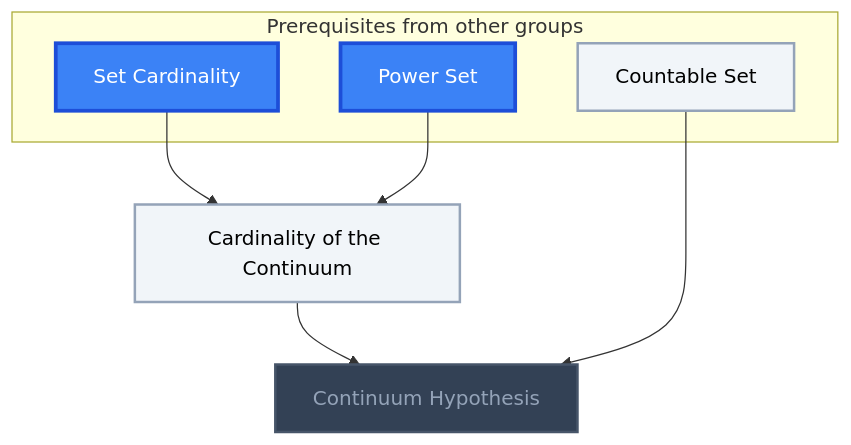
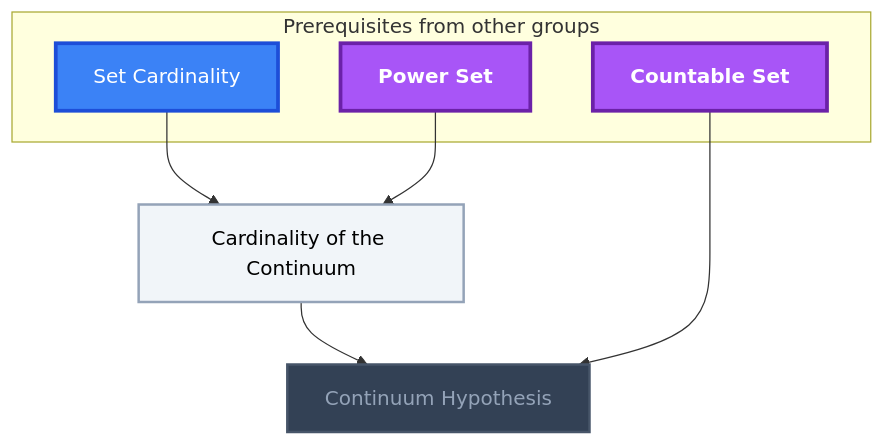
One commit to MRauf1/My-Notes changed the third of 13 diagrams in Gamification/Skill Trees/Measure Theory.md. Above: the diagram before and after it, drawn with Mermaid. The commit also changed other lines of this file and 145 other files, not shown here.

````diff
--- a/Gamification/Skill Trees/Measure Theory.md
+++ b/Gamification/Skill Trees/Measure Theory.md
@@ -87,27 +88,28 @@
 ```mermaid
 flowchart TD
     classDef planned fill:#1E293B,stroke:#64748B,stroke-width:2px,stroke-dasharray:5 5,color:#94A3B8;
     classDef locked fill:#334155,stroke:#475569,stroke-width:2px,color:#94A3B8;
     classDef L0 fill:#F1F5F9,stroke:#94A3B8,stroke-width:2px,color:#000000;
     classDef L1 fill:#22C55E,stroke:#15803D,stroke-width:2px,color:#000000;
     classDef L2 fill:#3B82F6,stroke:#1D4ED8,stroke-width:3px,color:#FFFFFF;
     classDef L3 fill:#A855F7,stroke:#6B21A8,stroke-width:3px,color:#FFFFFF,font-weight:bold;
     classDef L4 fill:#F97316,stroke:#C2410C,stroke-width:4px,color:#000000,font-weight:bold;
     classDef L5 fill:#FFD700,stroke:#FF8C00,stroke-width:5px,color:#000000,font-weight:bold;
     classDef rusty stroke:#8B4513,stroke-width:4px,stroke-dasharray:3 3;
     subgraph sg_prereqs["Prerequisites from other groups"]
         n_set_cardinality["Set Cardinality"]
         n_power_set["Power Set"]
         n_countable_set["Countable Set"]
     end
     n_cardinality_of_the_continuum["Cardinality of the Continuum"]
     n_continuum_hypothesis["Continuum Hypothesis"]
     n_set_cardinality --> n_cardinality_of_the_continuum
     n_power_set --> n_cardinality_of_the_continuum
     n_cardinality_of_the_continuum --> n_continuum_hypothesis
     n_countable_set --> n_continuum_hypothesis
     class n_continuum_hypothesis locked;
-    class n_countable_set,n_cardinality_of_the_continuum L0;
-    class n_set_cardinality,n_power_set L2;
+    class n_cardinality_of_the_continuum L0;
+    class n_set_cardinality L2;
+    class n_power_set,n_countable_set L3;
     class n_set_cardinality,n_power_set,n_countable_set,n_cardinality_of_the_continuum,n_continuum_hypothesis internal-link;
 ```
````
